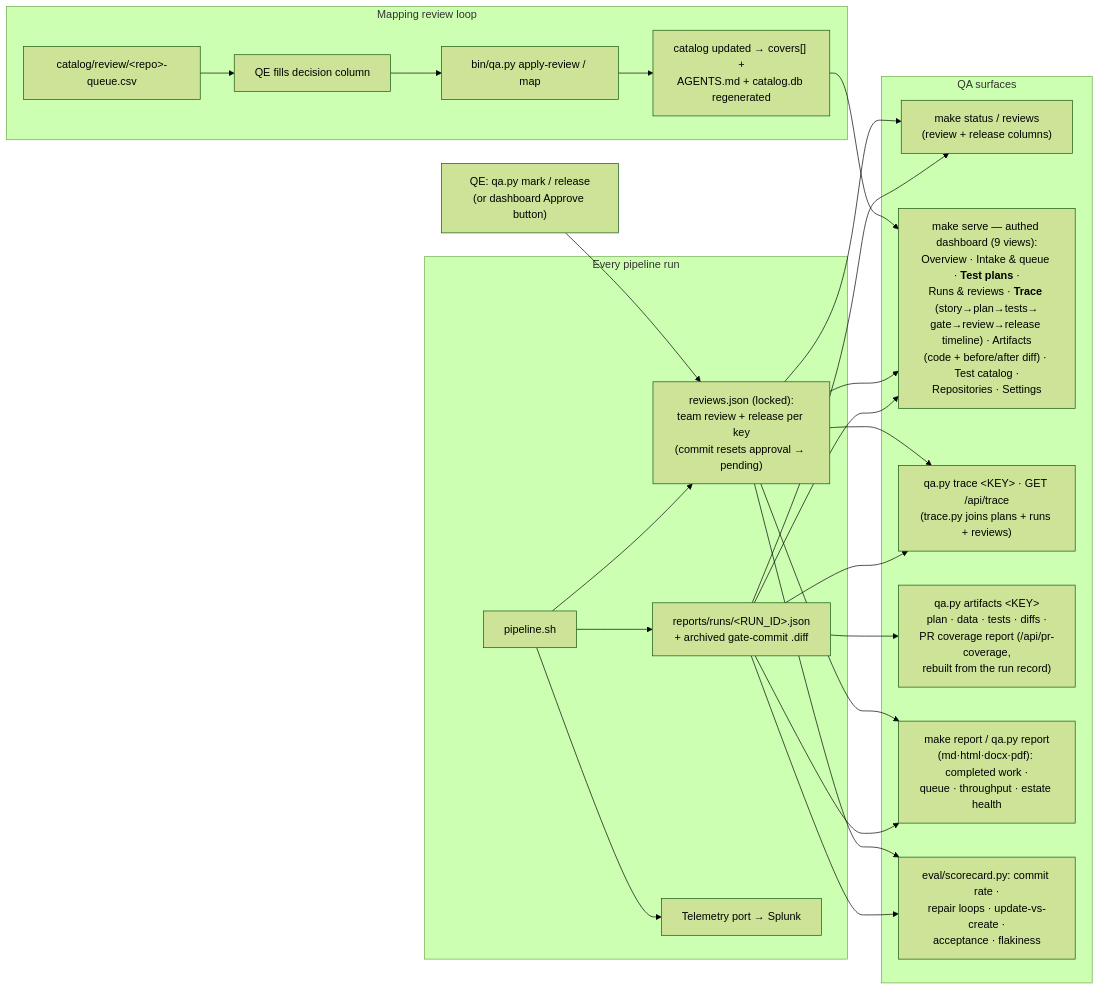
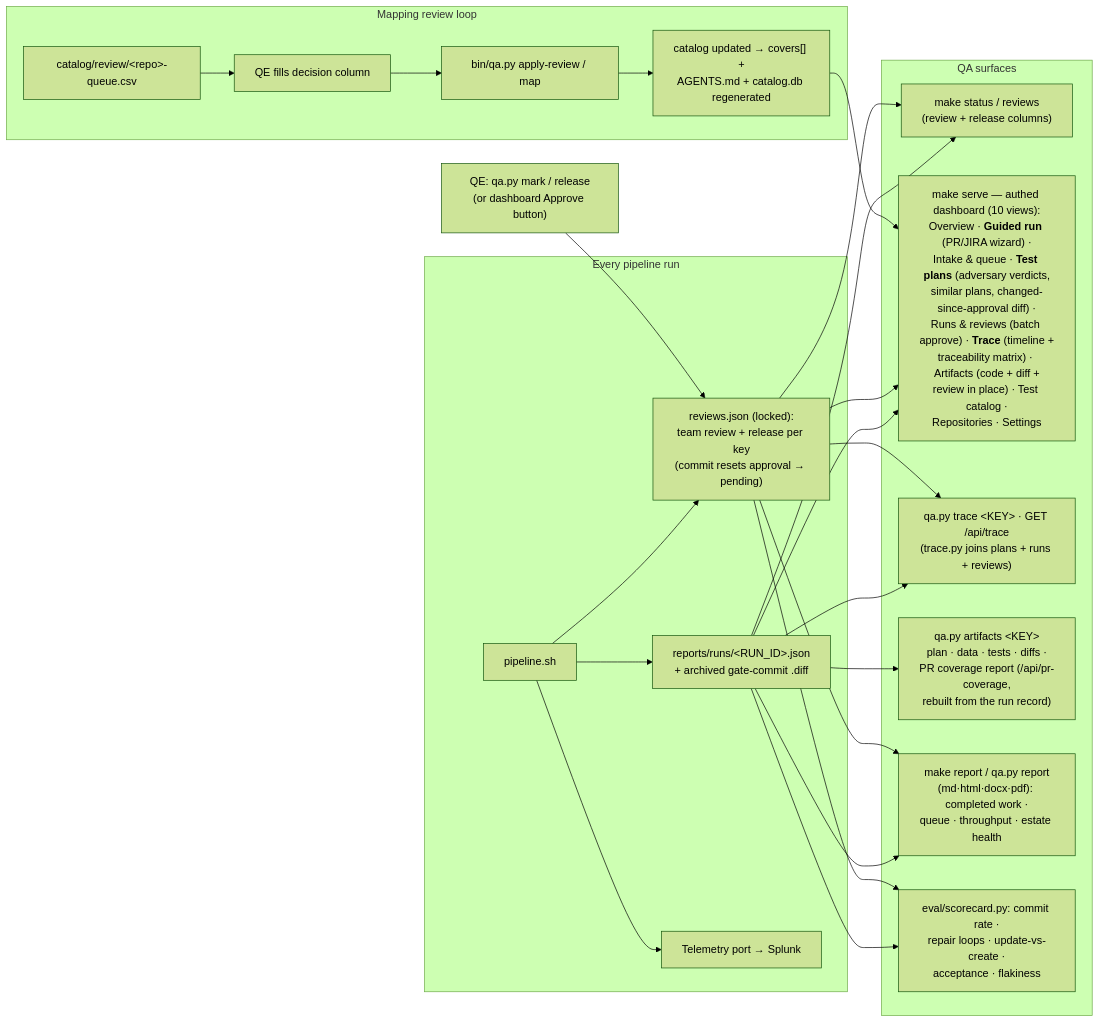
Before and after one commit to anandtopu/auto-tests-gen: the tenth of 15 diagrams in docs/diagrams.md, drawn with Mermaid (forest theme). The commit also changed 11 other files, not shown here.

````diff
--- a/docs/diagrams.md
+++ b/docs/diagrams.md
@@ -284,38 +284,38 @@
 ```mermaid
 flowchart LR
     subgraph RUNTIME["Every pipeline run"]
         P["pipeline.sh"] --> RR["reports/runs/&lt;RUN_ID&gt;.json<br/>+ archived gate-commit .diff"]
         P --> RS["reviews.json (locked):<br/>team review + release per key<br/>(commit resets approval → pending)"]
         P --> TEL["Telemetry port → Splunk"]
     end
 
     subgraph SURFACES["QA surfaces"]
         ST["make status / reviews<br/>(review + release columns)"]
-        DB["make serve — authed dashboard (9 views):<br/>Overview · Intake &amp; queue · <b>Test plans</b> ·<br/>Runs &amp; reviews · <b>Trace</b> (story→plan→tests→<br/>gate→review→release timeline) · Artifacts<br/>(code + before/after diff) · Test catalog ·<br/>Repositories · Settings"]
+        DB["make serve — authed dashboard (10 views):<br/>Overview · <b>Guided run</b> (PR/JIRA wizard) ·<br/>Intake &amp; queue · <b>Test plans</b> (adversary verdicts,<br/>similar plans, changed-since-approval diff) ·<br/>Runs &amp; reviews (batch approve) · <b>Trace</b> (timeline +<br/>traceability matrix) · Artifacts (code + diff +<br/>review in place) · Test catalog ·<br/>Repositories · Settings"]
         TRC["qa.py trace &lt;KEY&gt; · GET /api/trace<br/>(trace.py joins plans + runs + reviews)"]
         AR["qa.py artifacts &lt;KEY&gt;<br/>plan · data · tests · diffs ·<br/>PR coverage report (/api/pr-coverage,<br/>rebuilt from the run record)"]
         REP["make report / qa.py report<br/>(md·html·docx·pdf): completed work ·<br/>queue · throughput · estate health"]
         SC["eval/scorecard.py: commit rate ·<br/>repair loops · update-vs-create ·<br/>acceptance · flakiness"]
     end
 
     RR --> ST
     RR --> DB
     RR --> TRC
     RS --> TRC
     RR --> AR
     RR --> REP
     RR --> SC
     RS --> ST
     RS --> DB
     RS --> REP
     RS --> SC
     TEAM["QE: qa.py mark / release<br/>(or dashboard Approve button)"] --> RS
 
     subgraph REVIEW["Mapping review loop"]
         Q1["catalog/review/&lt;repo&gt;-queue.csv"] --> Q2["QE fills decision column"]
         Q2 --> Q3["bin/qa.py apply-review / map"]
         Q3 --> Q4["catalog updated → covers[] +<br/>AGENTS.md + catalog.db regenerated"]
     end
 
     Q4 --> DB
 ```
````
